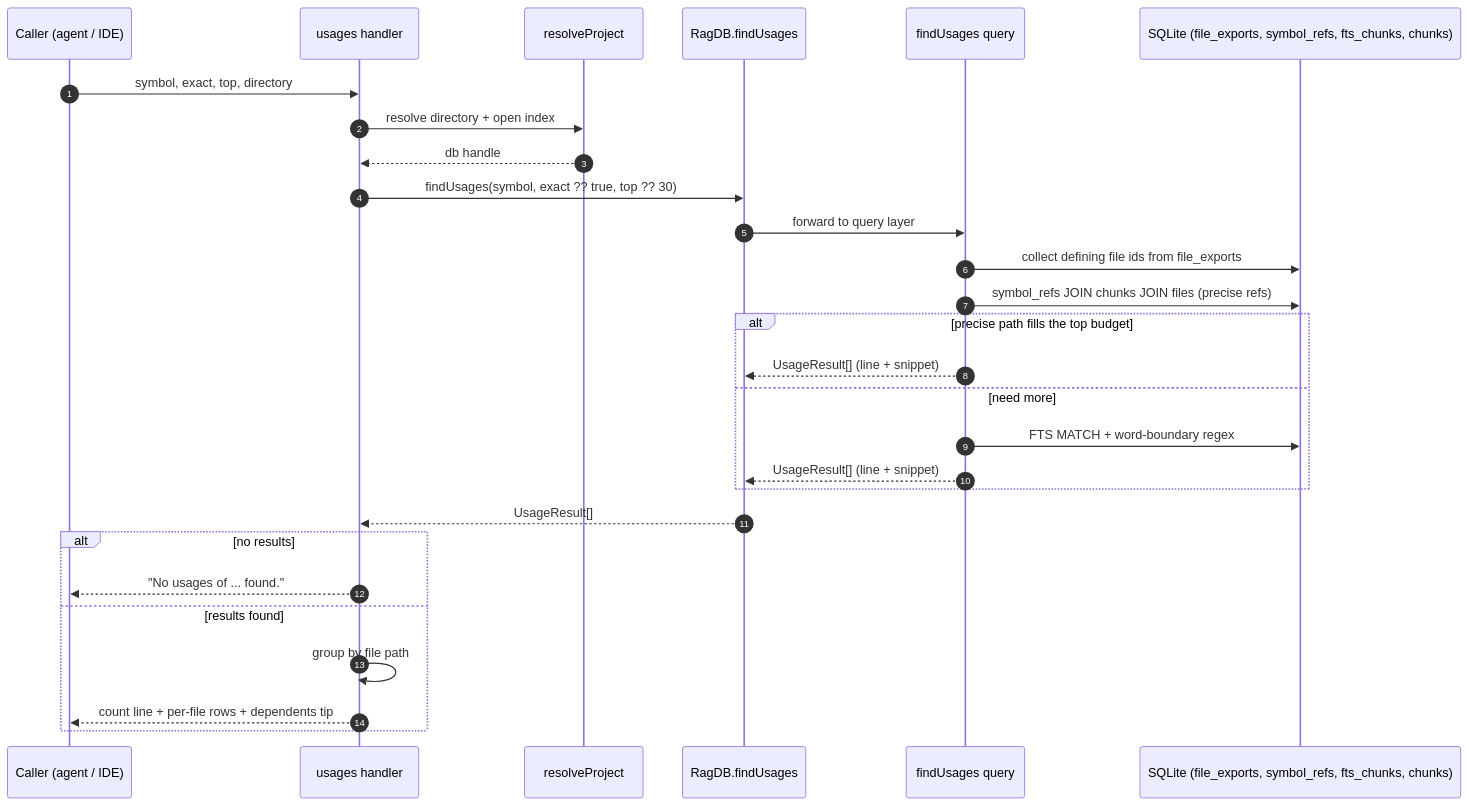
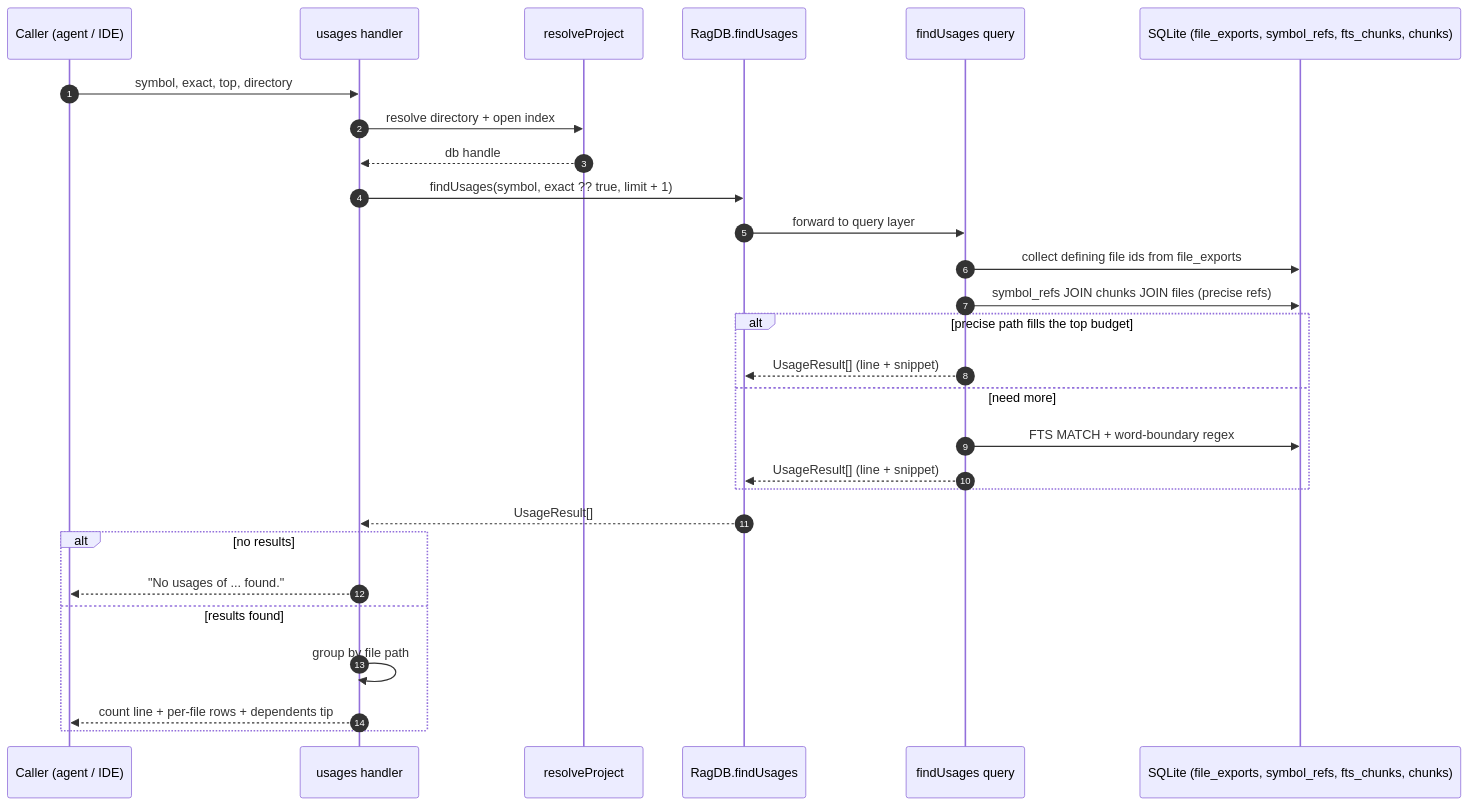
Before and after one commit to TheWinci/mimirs: the diagram in wiki/tools/usages.md, drawn with Mermaid. The commit also changed other lines of this file and 58 other files, not shown here.

````diff
--- a/wiki/tools/usages.md
+++ b/wiki/tools/usages.md
@@ -9,31 +9,31 @@
 ```mermaid
 sequenceDiagram
     autonumber
     participant Caller as Caller (agent / IDE)
     participant Tool as usages handler
     participant Proj as resolveProject
     participant DB as RagDB.findUsages
     participant Query as findUsages query
     participant SQLite as SQLite (file_exports, symbol_refs, fts_chunks, chunks)
 
     Caller->>Tool: symbol, exact, top, directory
     Tool->>Proj: resolve directory + open index
     Proj-->>Tool: db handle
-    Tool->>DB: findUsages(symbol, exact ?? true, top ?? 30)
+    Tool->>DB: findUsages(symbol, exact ?? true, limit + 1)
     DB->>Query: forward to query layer
     Query->>SQLite: collect defining file ids from file_exports
     Query->>SQLite: symbol_refs JOIN chunks JOIN files (precise refs)
     alt precise path fills the top budget
         Query-->>DB: UsageResult[] (line + snippet)
     else need more
         Query->>SQLite: FTS MATCH + word-boundary regex
         Query-->>DB: UsageResult[] (line + snippet)
     end
     DB-->>Tool: UsageResult[]
     alt no results
         Tool-->>Caller: "No usages of ... found."
     else results found
         Tool->>Tool: group by file path
         Tool-->>Caller: count line + per-file rows + dependents tip
     end
 ```
````
